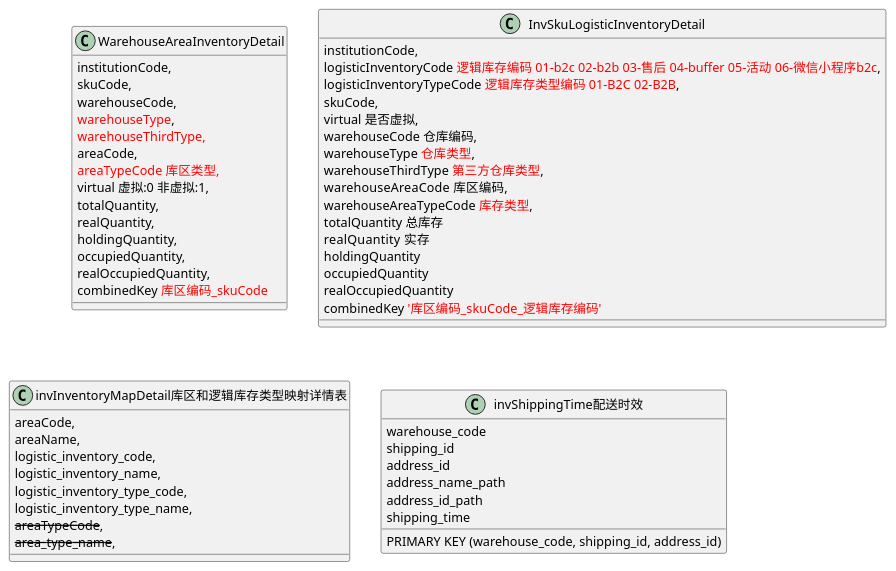
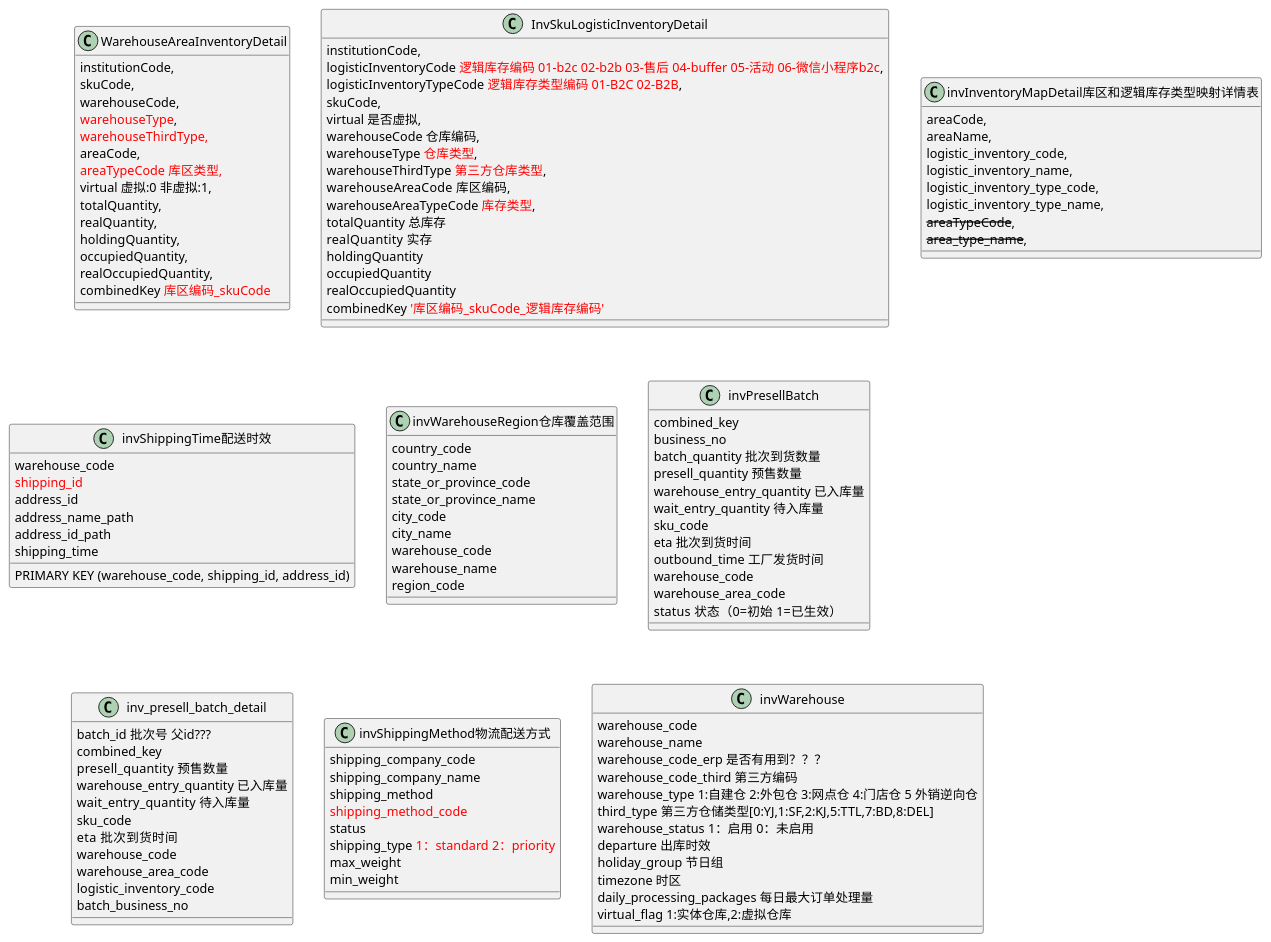
The diagram in uml/inventory/InventoryDetail.puml (newbigTech/myDesignPattern), drawn with PlantUML before and after one commit. The commit also changed 2 other files, not shown here.

```diff
--- a/uml/inventory/InventoryDetail.puml
+++ b/uml/inventory/InventoryDetail.puml
@@ -1,60 +1,128 @@
 @startuml
 class WarehouseAreaInventoryDetail {
     institutionCode,
     skuCode,
     warehouseCode,
     <font color=red>warehouseType</font>,
     <font color=red>warehouseThirdType<font color=red>,
     areaCode,
     <font color=red>areaTypeCode 库区类型,
     virtual 虚拟:0 非虚拟:1,
     totalQuantity,
     realQuantity,
     holdingQuantity,
     occupiedQuantity,
     realOccupiedQuantity,
     combinedKey <font color=red>库区编码_skuCode<font color=red>
 }
 
 class InvSkuLogisticInventoryDetail {
     institutionCode,
     logisticInventoryCode <font color=red>逻辑库存编码 01-b2c 02-b2b 03-售后 04-buffer 05-活动 06-微信小程序b2c</font>,
     logisticInventoryTypeCode <font color=red>逻辑库存类型编码 01-B2C 02-B2B</font>,
     skuCode,
     virtual 是否虚拟,
     warehouseCode 仓库编码,
     warehouseType <font color=red>仓库类型</font>,
     warehouseThirdType <font color=red>第三方仓库类型</font>,
     warehouseAreaCode  库区编码,
     warehouseAreaTypeCode <font color=red>库存类型</font>,
     totalQuantity 总库存
     realQuantity  实存
     holdingQuantity
     occupiedQuantity
     realOccupiedQuantity
     combinedKey <font color=red>'库区编码_skuCode_逻辑库存编码'</font>
 }
 
 class invInventoryMapDetail库区和逻辑库存类型映射详情表{
     areaCode,
     areaName,
     logistic_inventory_code,
     logistic_inventory_name,
     logistic_inventory_type_code,
     logistic_inventory_type_name,
     --areaTypeCode--,
     --area_type_name--,
 }
 
 class invShippingTime配送时效{
     warehouse_code
-    shipping_id
+    <font color=red>shipping_id</font>
     address_id
     address_name_path
     address_id_path
     shipping_time
     PRIMARY KEY (warehouse_code, shipping_id, address_id)
 }
 
+class invWarehouseRegion仓库覆盖范围{
+    country_code
+    country_name
+    state_or_province_code
+    state_or_province_name
+    city_code
+    city_name
+    warehouse_code
+    warehouse_name
+    region_code
+}
+
+class invPresellBatch{
+    combined_key
+    business_no
+    batch_quantity 批次到货数量
+    presell_quantity 预售数量
+    warehouse_entry_quantity 已入库量
+    wait_entry_quantity 待入库量
+    sku_code
+    eta 批次到货时间
+    outbound_time 工厂发货时间
+    warehouse_code
+    warehouse_area_code
+    status 状态（0=初始  1=已生效）
+}
+
+class inv_presell_batch_detail{
+    batch_id 批次号 父id???
+    combined_key
+    presell_quantity  预售数量
+    warehouse_entry_quantity 已入库量
+    wait_entry_quantity  待入库量
+    sku_code
+    eta  批次到货时间
+    warehouse_code
+    warehouse_area_code
+    logistic_inventory_code
+    batch_business_no
+}
+
+class invShippingMethod物流配送方式 {
+    shipping_company_code
+    shipping_company_name
+    shipping_method
+    <font color=red>shipping_method_code</font>
+    status
+    shipping_type <font color=red>1：standard 2：priority</font>
+    max_weight
+    min_weight
+}
+
+class invWarehouse {
+    warehouse_code
+    warehouse_name
+    warehouse_code_erp 是否有用到？？？
+    warehouse_code_third 第三方编码
+    warehouse_type 1:自建仓 2:外包仓 3:网点仓 4:门店仓 5 外销逆向仓
+    third_type 第三方仓储类型[0:YJ,1:SF,2:KJ,5:TTL,7:BD,8:DEL]
+    warehouse_status 1：启用 0：未启用
+    departure 出库时效
+    holiday_group 节日组
+    timezone 时区
+    daily_processing_packages 每日最大订单处理量
+    virtual_flag 1:实体仓库,2:虚拟仓库
+}
+
+
 
 @enduml
```
